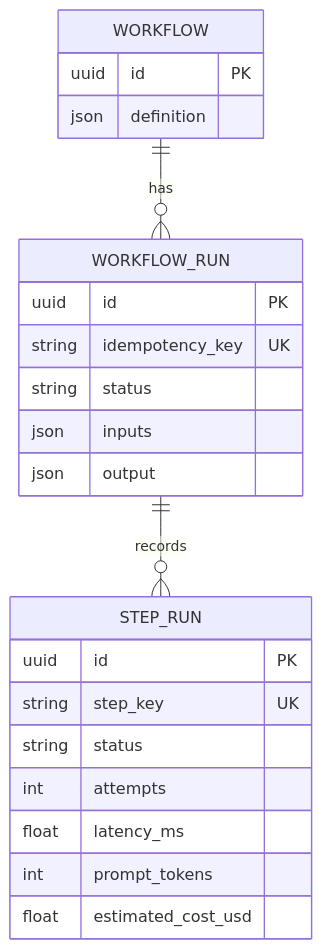
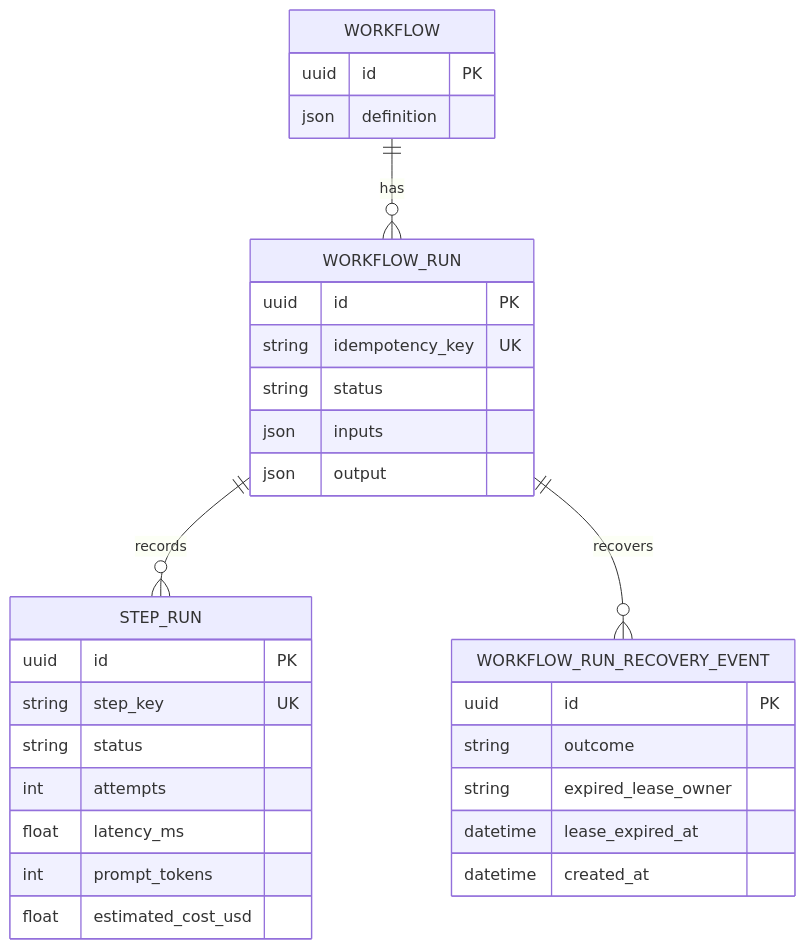
Before and after one commit to jsobralgitpush/agent-runtime: the second of 2 diagrams in docs/architecture.md, drawn with Mermaid. The commit also changed other lines of this file and 10 other files, not shown here.

Commit message:
feat: record workflow run recovery events

````diff
--- a/docs/architecture.md
+++ b/docs/architecture.md
@@ -313,25 +313,33 @@
 ```mermaid
 erDiagram
     WORKFLOW ||--o{ WORKFLOW_RUN : has
     WORKFLOW_RUN ||--o{ STEP_RUN : records
+    WORKFLOW_RUN ||--o{ WORKFLOW_RUN_RECOVERY_EVENT : recovers
     WORKFLOW {
         uuid id PK
         json definition
     }
     WORKFLOW_RUN {
         uuid id PK
         string idempotency_key UK
         string status
         json inputs
         json output
     }
     STEP_RUN {
         uuid id PK
         string step_key UK
         string status
         int attempts
         float latency_ms
         int prompt_tokens
         float estimated_cost_usd
     }
+    WORKFLOW_RUN_RECOVERY_EVENT {
+        uuid id PK
+        string outcome
+        string expired_lease_owner
+        datetime lease_expired_at
+        datetime created_at
+    }
 ```
````
